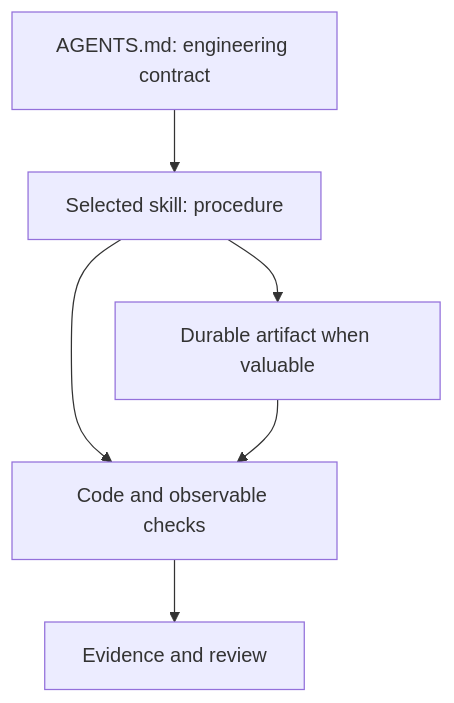
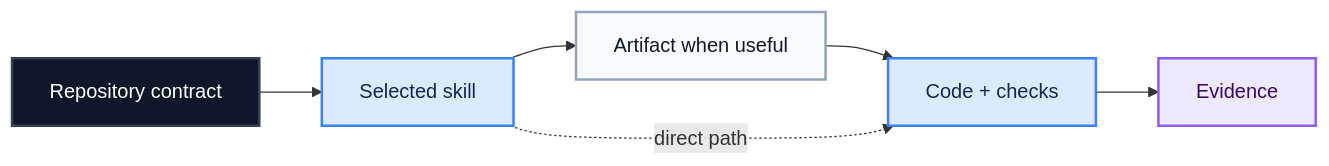
The third of 4 diagrams in README.md (rmjosea/agentic-sdlc-kit), drawn with Mermaid before and after one commit. The commit also changed other lines of this file and 1 other file, not shown here.

````diff
--- a/README.md
+++ b/README.md
@@ -102,8 +105,17 @@
 ```mermaid
-flowchart TD
-    A["AGENTS.md: engineering contract"] --> B["Selected skill: procedure"]
-    B --> C["Durable artifact when valuable"]
-    B --> D["Code and observable checks"]
-    C --> D
-    D --> E["Evidence and review"]
+flowchart LR
+    A["Repository contract"] --> B["Selected skill"]
+    B --> C["Artifact when useful"]
+    C --> D["Code + checks"]
+    B -. "direct path" .-> D
+    D --> E["Evidence"]
+
+    classDef contract fill:#0f172a,color:#ffffff,stroke:#334155,stroke-width:2px;
+    classDef procedure fill:#dbeafe,color:#172554,stroke:#3b82f6,stroke-width:2px;
+    classDef artifact fill:#f8fafc,color:#0f172a,stroke:#94a3b8,stroke-width:2px;
+    classDef proof fill:#ede9fe,color:#3b0764,stroke:#8b5cf6,stroke-width:2px;
+    class A contract;
+    class B,D procedure;
+    class C artifact;
+    class E proof;
 ```
````
